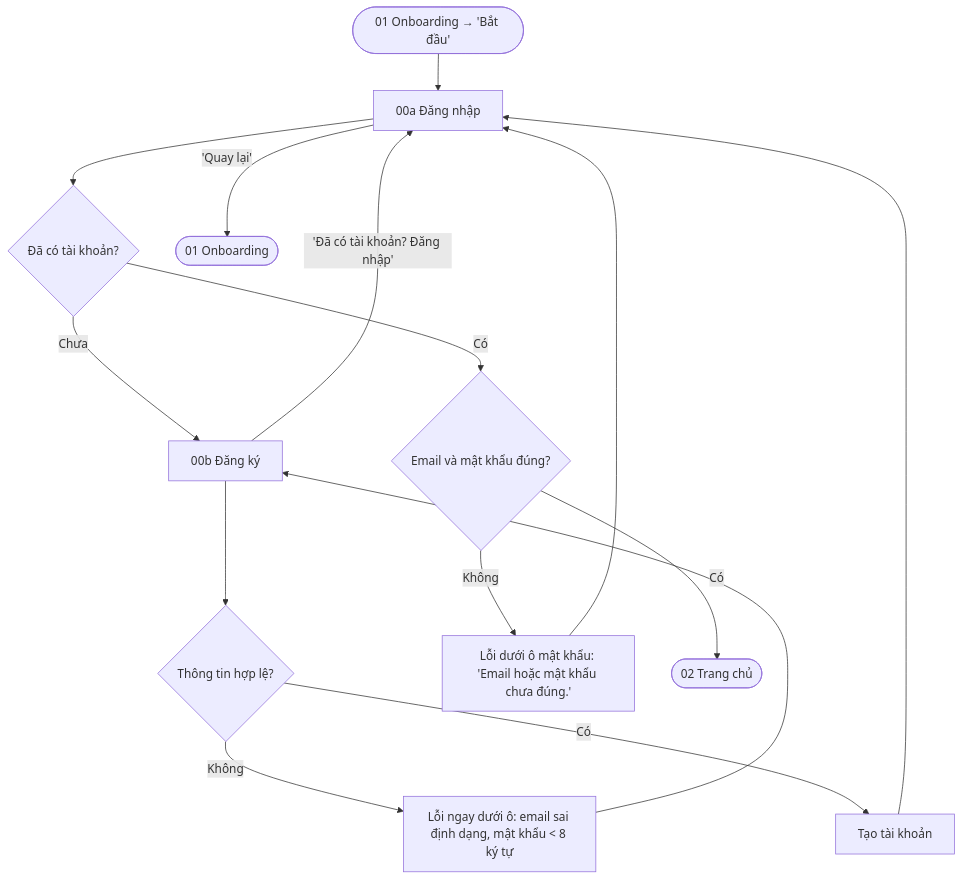
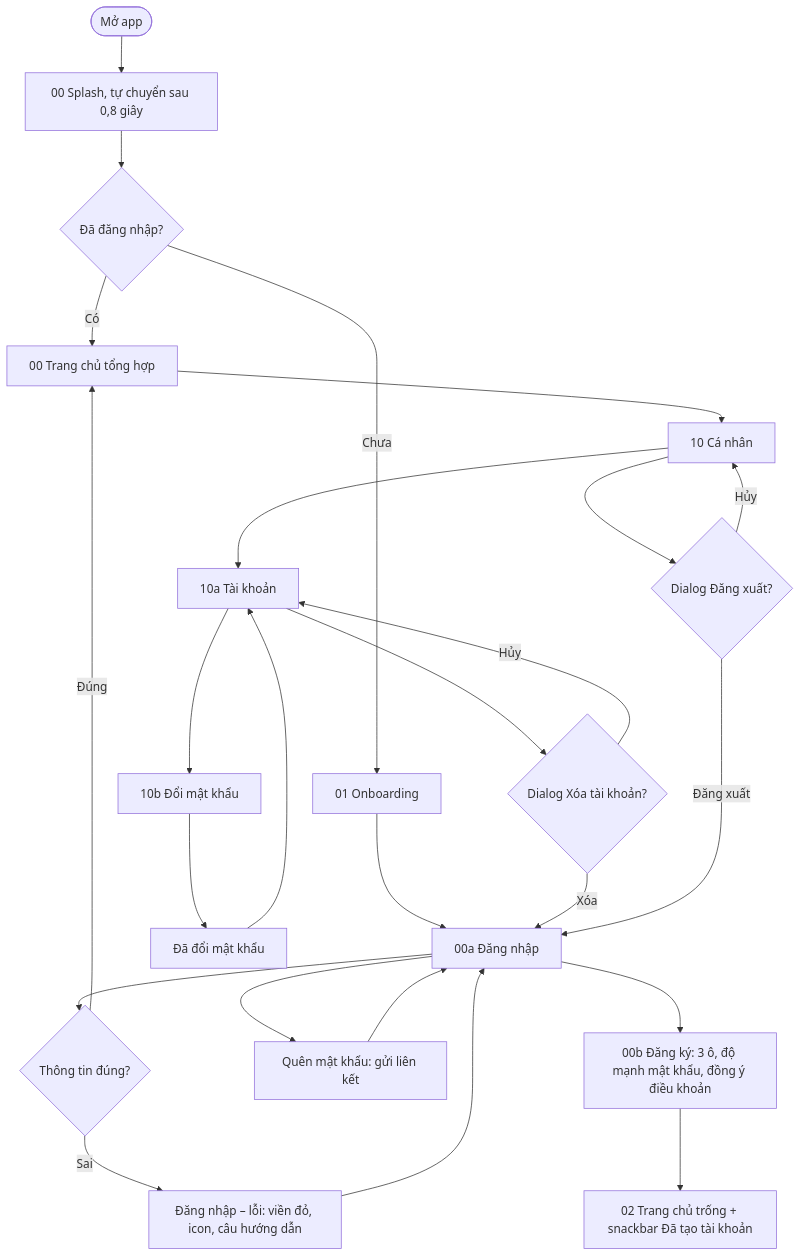
The eighth of 8 diagrams in ux/user-flow.md (hoanghuan2005/prm393_lab02), drawn with Mermaid before and after one commit. The commit also changed other lines of this file and 5 other files, not shown here.

````diff
--- a/ux/user-flow.md
+++ b/ux/user-flow.md
@@ -217,13 +236,22 @@
 ```mermaid
 flowchart TD
-    Start([01 Onboarding → 'Bắt đầu']) --> S00a[00a Đăng nhập]
-    S00a --> Has{Đã có tài khoản?}
-    Has -->|Chưa| S00b[00b Đăng ký] --> Reg{Thông tin hợp lệ?}
-    Reg -->|Không| RegErr[Lỗi ngay dưới ô: email sai định dạng, mật khẩu < 8 ký tự] --> S00b
-    Reg -->|Có| Created[Tạo tài khoản] --> S00a
-    S00b -->|'Đã có tài khoản? Đăng nhập'| S00a
-    Has -->|Có| Login{Email và mật khẩu đúng?}
-    Login -->|Không| LoginErr[Lỗi dưới ô mật khẩu: 'Email hoặc mật khẩu chưa đúng.'] --> S00a
-    Login -->|Có| End([02 Trang chủ])
-    S00a -->|'Quay lại'| Back([01 Onboarding])
+    Open([Mở app]) --> S00[00 Splash, tự chuyển sau 0,8 giây]
+    S00 --> Logged{Đã đăng nhập?}
+    Logged -->|Có| Hub[00 Trang chủ tổng hợp]
+    Logged -->|Chưa| S01[01 Onboarding] --> Login[00a Đăng nhập]
+    Login --> Check{Thông tin đúng?}
+    Check -->|Sai| LErr[Đăng nhập – lỗi: viền đỏ, icon, câu hướng dẫn] --> Login
+    Check -->|Đúng| Hub
+    Login --> Forgot[Quên mật khẩu: gửi liên kết] --> Login
+    Login --> Reg[00b Đăng ký: 3 ô, độ mạnh mật khẩu, đồng ý điều khoản]
+    Reg --> NewHome[02 Trang chủ trống + snackbar Đã tạo tài khoản]
+    Hub --> Ca[10 Cá nhân]
+    Ca --> Acc[10a Tài khoản]
+    Acc --> Pw[10b Đổi mật khẩu] --> PwSaved[Đã đổi mật khẩu] --> Acc
+    Acc --> DelD{Dialog Xóa tài khoản?}
+    DelD -->|Hủy| Acc
+    DelD -->|Xóa| Login
+    Ca --> OutD{Dialog Đăng xuất?}
+    OutD -->|Hủy| Ca
+    OutD -->|Đăng xuất| Login
 ```
````
